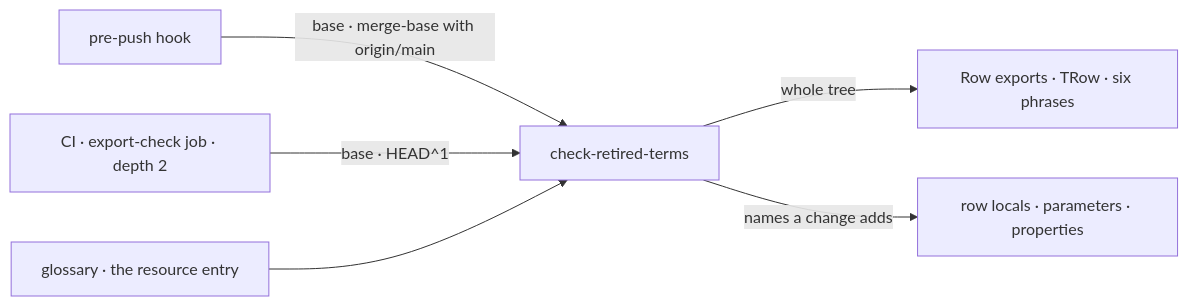
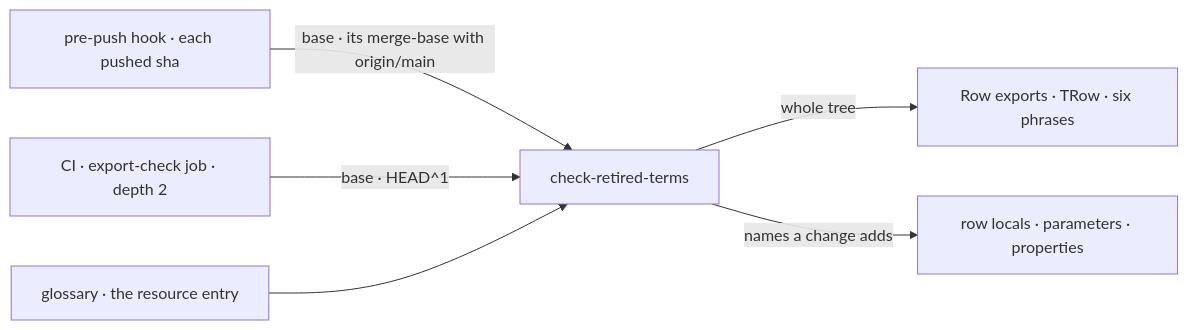
One commit to fixpoint-labs/flow-state-dev changed the second of 2 diagrams in specs/issues/FIX-2631/SPEC.md. Above: the diagram before and after it, drawn with Mermaid. The commit also changed other lines of this file and 5 other files, not shown here.

First line of the commit message:
spec(FIX-2631): parser reads every name the regex matchers read; hook checks pushed refs

````diff
--- a/specs/issues/FIX-2631/SPEC.md
+++ b/specs/issues/FIX-2631/SPEC.md
@@ -80,8 +81,8 @@
 ```mermaid
 flowchart LR
-  H["pre-push hook"] -->|"base · merge-base with origin/main"| G["check-retired-terms"]
+  H["pre-push hook · each pushed sha"] -->|"base · its merge-base with origin/main"| G["check-retired-terms"]
   C["CI · export-check job · depth 2"] -->|"base · HEAD^1"| G
   GL["glossary · the resource entry"] --> G
   G -->|"whole tree"| W["Row exports · TRow · six phrases"]
   G -->|"names a change adds"| N["row locals · parameters · properties"]
 ```
````
